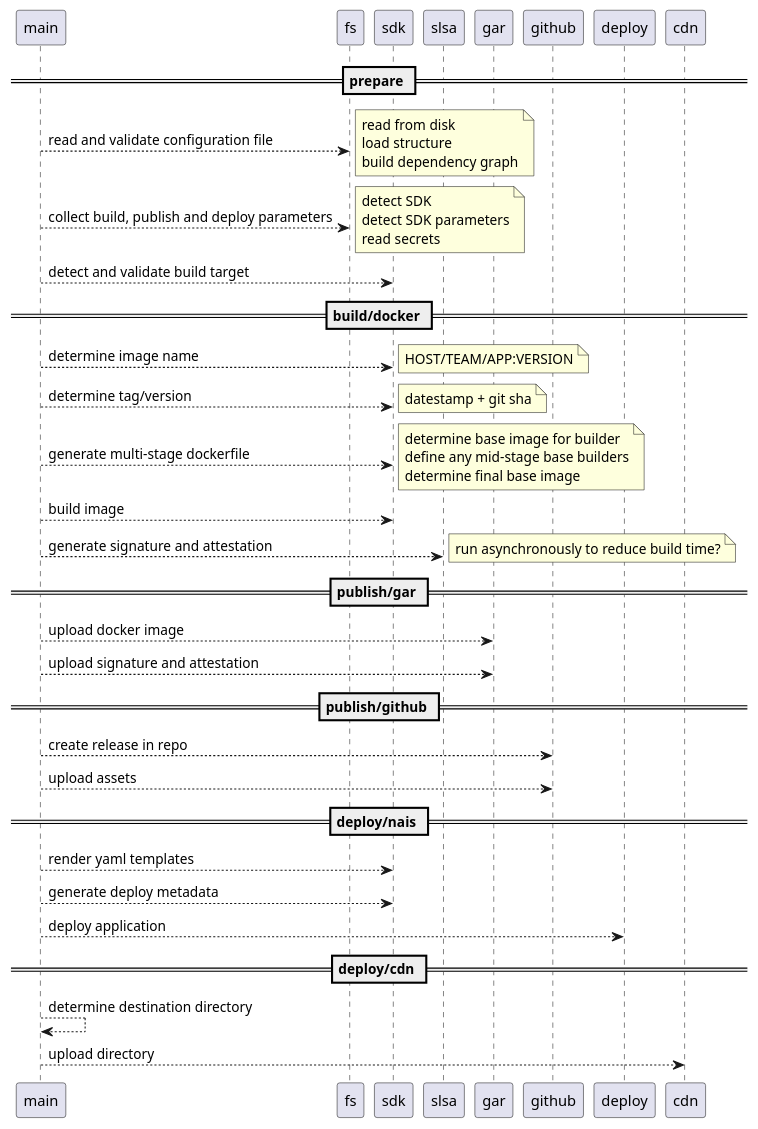
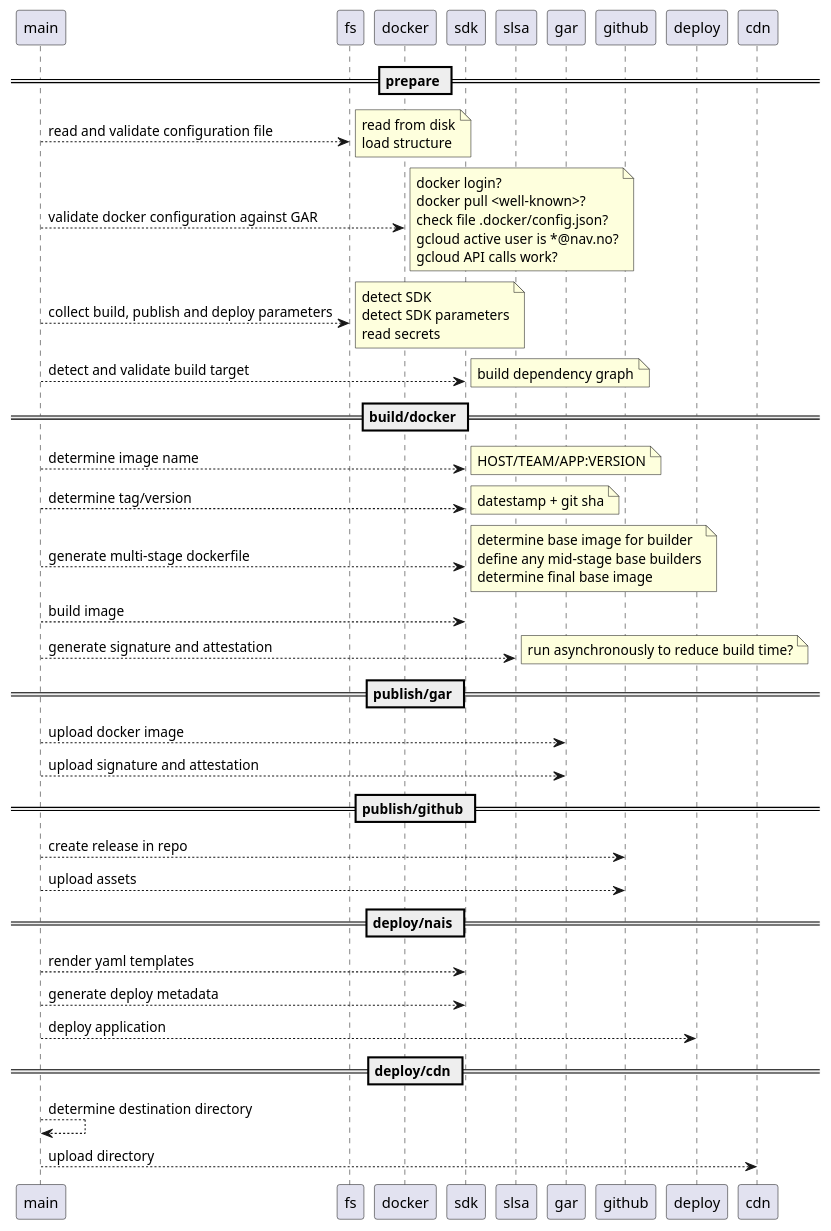
Before and after one commit to nais/build: the diagram in diagrams/build-process.puml, drawn with PlantUML.

Commit message:
doc: how to validate docker configuration

```diff
--- a/diagrams/build-process.puml
+++ b/diagrams/build-process.puml
@@ -1,45 +1,51 @@
 @startuml
 
 == prepare ==
 main --> fs: read and validate configuration file
 note right: read from disk\n\
-load structure\n\
-build dependency graph
+load structure
+main --> docker: validate docker configuration against GAR
+note right: docker login?\n\
+docker pull <well-known>?\n\
+check file .docker/config.json?\n\
+gcloud active user is *@nav.no?\n\
+gcloud API calls work?
 main --> fs: collect build, publish and deploy parameters
 note right: detect SDK\n\
 detect SDK parameters\n\
 read secrets
 main --> sdk: detect and validate build target
+note right: build dependency graph
 
 == build/docker ==
 main --> sdk: determine image name
 note right: HOST/TEAM/APP:VERSION
 main --> sdk: determine tag/version
 note right: datestamp + git sha
 main --> sdk: generate multi-stage dockerfile
 note right: \
 determine base image for builder\n\
 define any mid-stage base builders\n\
 determine final base image
 main --> sdk: build image
 main --> slsa: generate signature and attestation
 note right: run asynchronously to reduce build time?
 
 == publish/gar ==
 main --> gar: upload docker image
 main --> gar: upload signature and attestation
 
 == publish/github ==
 main --> github: create release in repo
 main --> github: upload assets
 
 == deploy/nais ==
 main --> sdk: render yaml templates
 main --> sdk: generate deploy metadata
 main --> deploy: deploy application
 
 == deploy/cdn ==
 main --> main: determine destination directory
 main --> cdn: upload directory
 
 @enduml
```
